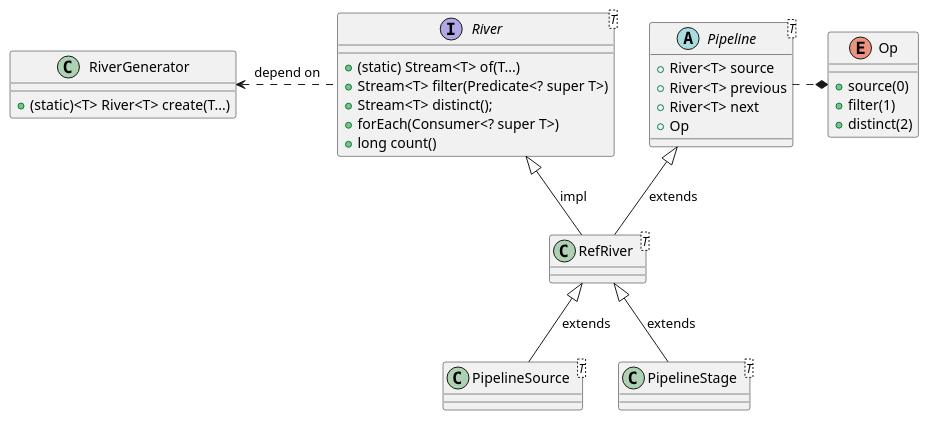
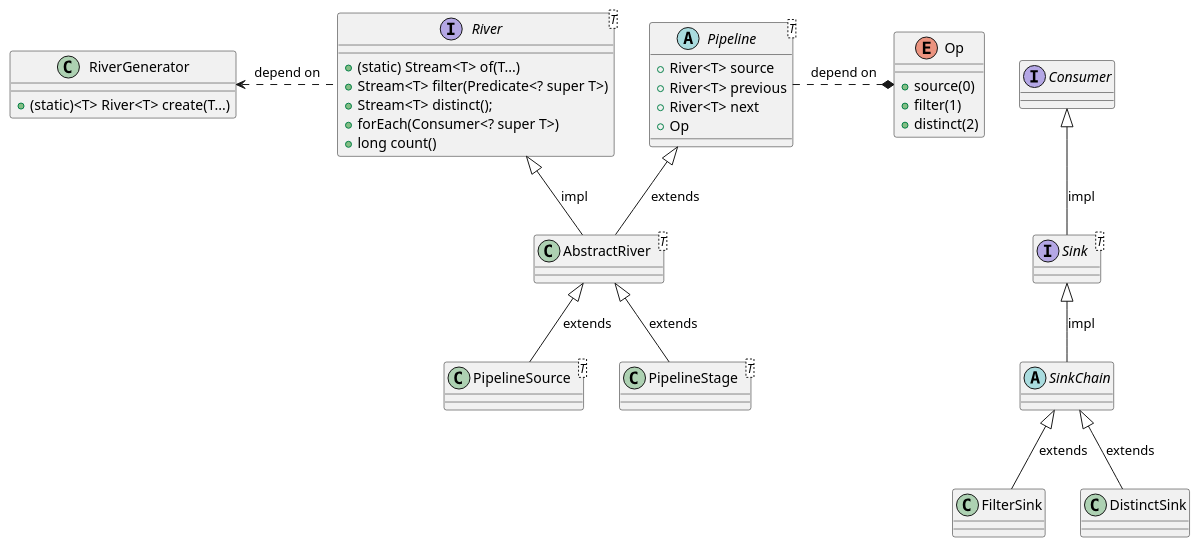
Before and after one commit to zexho994/River: the diagram in docs/自制/类图.puml, drawn with PlantUML. The commit also changed 18 other files, not shown here.

```diff
--- a/docs/自制/类图.puml
+++ b/docs/自制/类图.puml
@@ -1,40 +1,54 @@
 @startuml
 
 interface River<T>{
     + (static) Stream<T> of(T...)
     + Stream<T> filter(Predicate<? super T>)
     + Stream<T> distinct();
     + forEach(Consumer<? super T>)
     + long count()
 }
 
 class RiverGenerator{
     + (static)<T> River<T> create(T...)
 }
 
 River .left.> RiverGenerator : depend on
 
 abstract Pipeline<T>{
     + River<T> source
     + River<T> previous
     + River<T> next
     + Op
 }
-Pipeline .* Op
+Pipeline .* Op : depend on
 
-class RefRiver<T>{}
-River <|-- RefRiver : impl
-Pipeline <|-- RefRiver : extends
+class AbstractRiver<T>{}
+River <|-- AbstractRiver : impl
+Pipeline <|-- AbstractRiver : extends
 
 class PipelineSource<T>{}
 class PipelineStage<T>{}
-RefRiver<|-- PipelineSource : extends
-RefRiver <|-- PipelineStage : extends
+AbstractRiver<|-- PipelineSource : extends
+AbstractRiver <|-- PipelineStage : extends
 
 enum Op{
     + source(0)
     + filter(1)
     + distinct(2)
 }
 
+interface Consumer{}
+interface Sink<T>{}
+Consumer <|-- Sink : impl
+
+abstract SinkChain{}
+Sink <|-- SinkChain : impl
+
+class FilterSink{}
+SinkChain <|-- FilterSink : extends
+
+class DistinctSink{}
+SinkChain <|-- DistinctSink : extends
+
+
 @enduml
```
